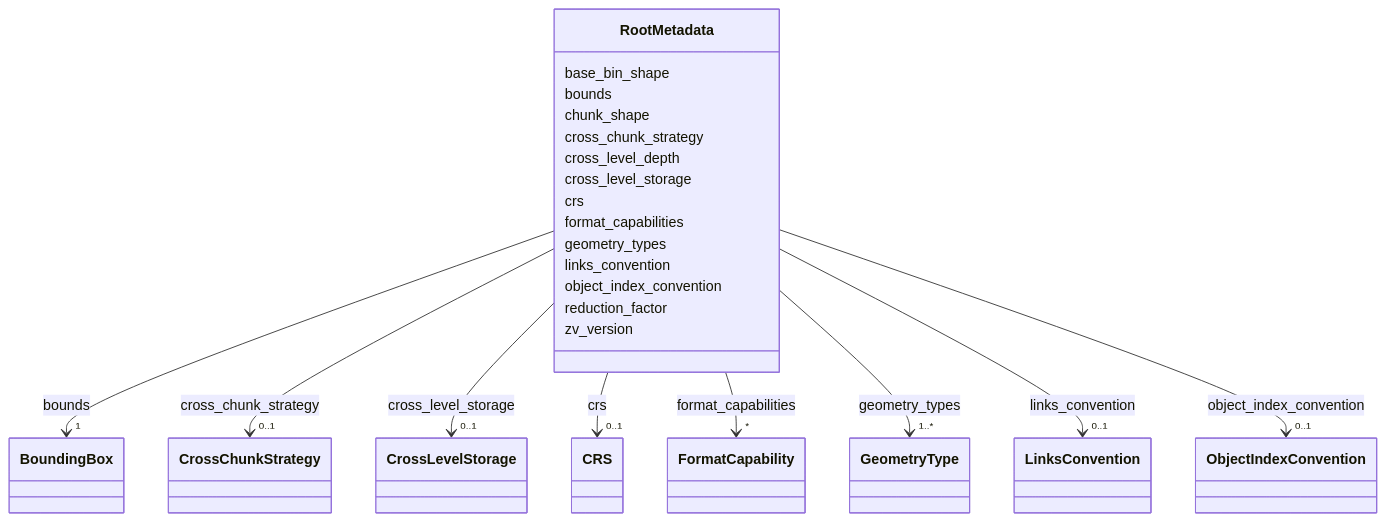
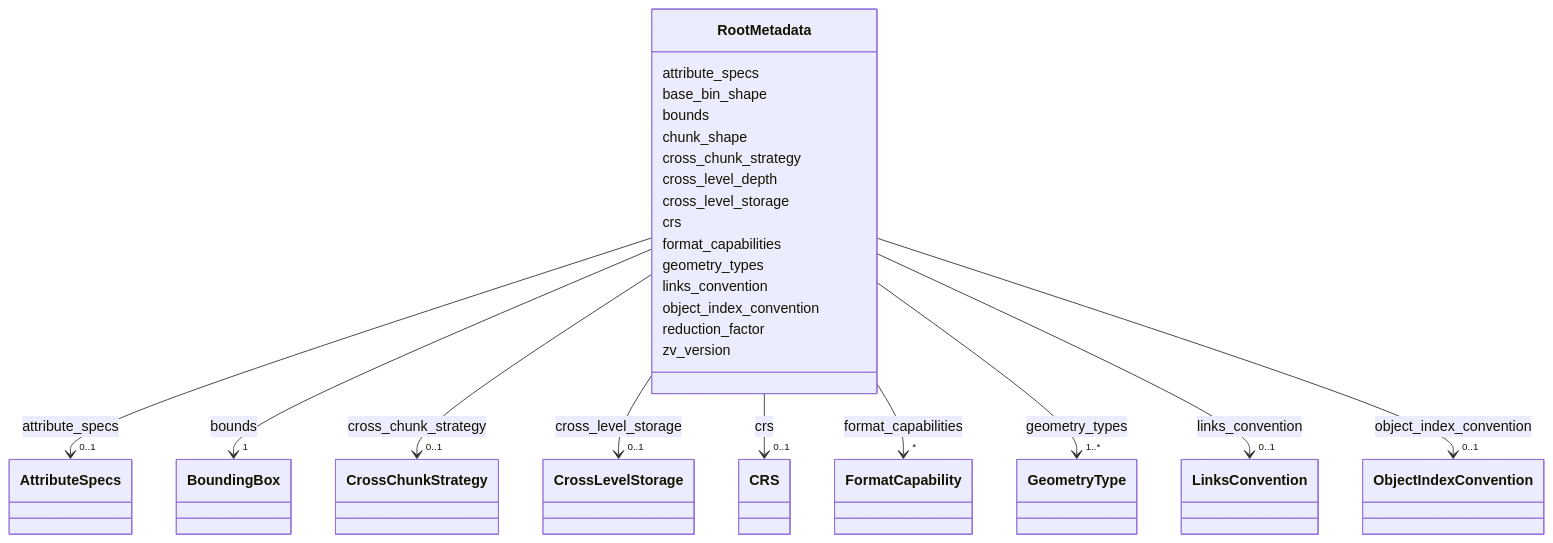
One commit to AllenInstitute/zarr-vectors-py changed diagram 15 of 16 in schema/reference.md. Above: the diagram before and after it, drawn with Mermaid. The commit also changed other lines of this file and 3 other files, not shown here.

First line of the commit message:
schema: fix attribute_specs, add fragments_tile, check artefacts in CI

```diff
--- a/schema/reference.md
+++ b/schema/reference.md
@@ -9036,6 +9415,17 @@
  classDiagram
     class RootMetadata
     click RootMetadata href "../RootMetadata/"
+      RootMetadata : attribute_specs
+        
+          
+    
+        
+        
+        RootMetadata --> "0..1" AttributeSpecs : attribute_specs
+        click AttributeSpecs href "../AttributeSpecs/"
+    
+
+        
       RootMetadata : base_bin_shape
         
       RootMetadata : bounds
```
